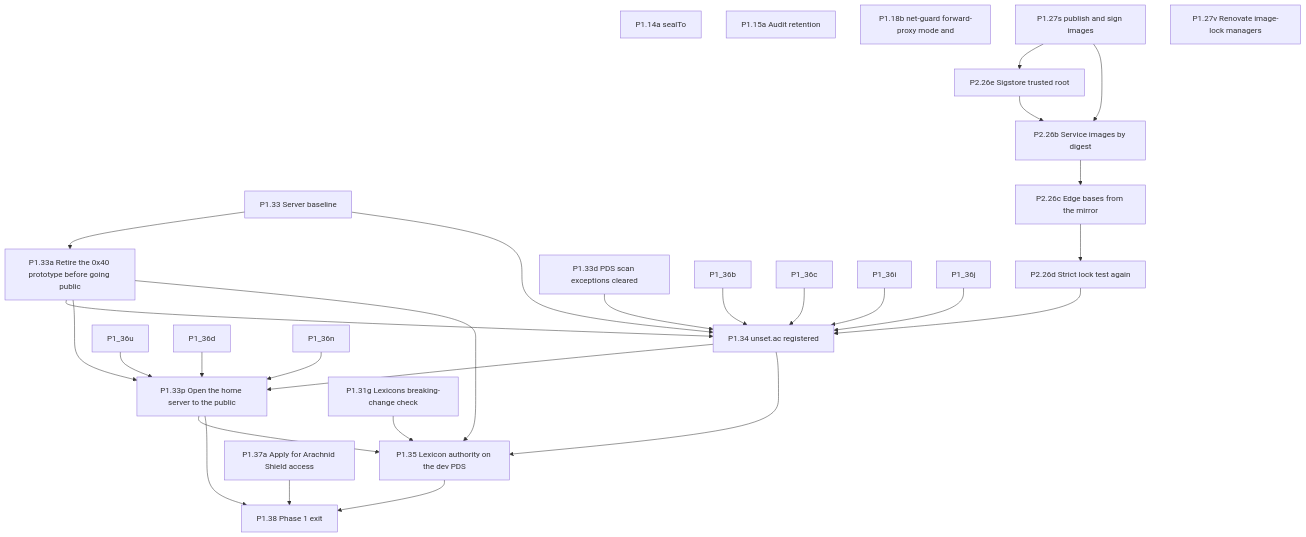
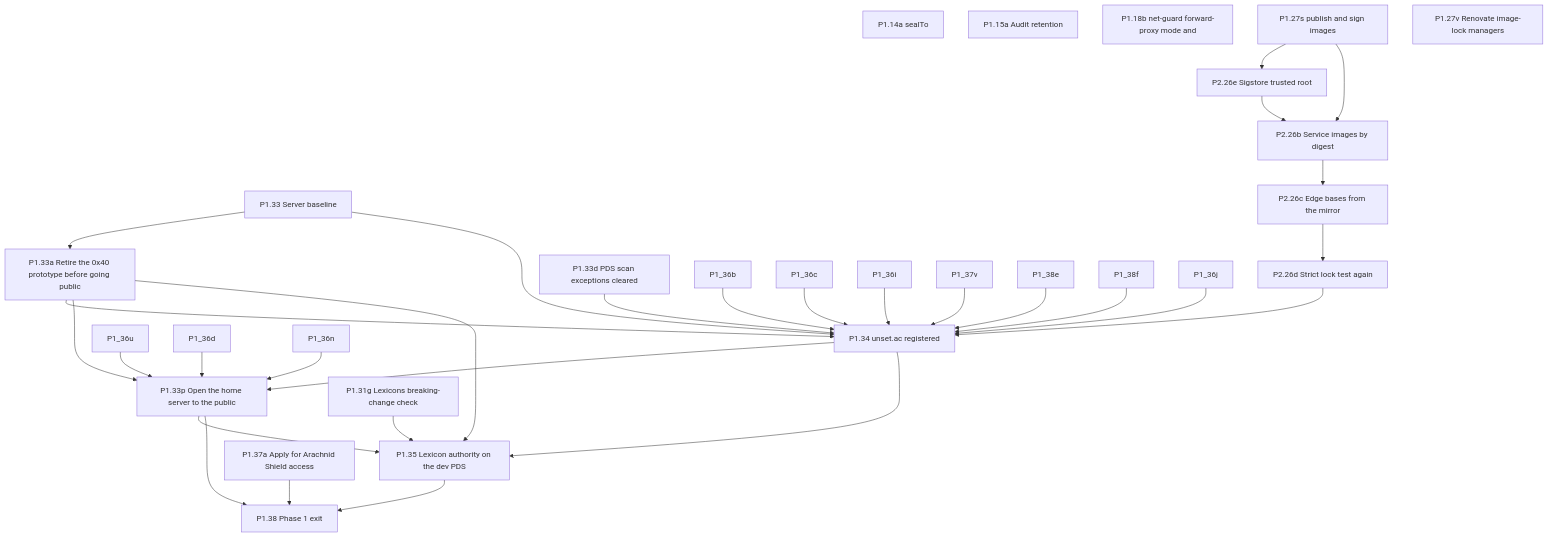
The fourth of 11 diagrams in docs/ai/book/01-outline.md (Undefined6799/unset), drawn with Mermaid before and after one commit. The commit also changed other lines of this file and 1 other file, not shown here.

````diff
--- a/docs/ai/book/01-outline.md
+++ b/docs/ai/book/01-outline.md
@@ -1459,47 +1470,50 @@
 ```mermaid
 flowchart TD
   P1_14a["P1.14a sealTo"]
   P1_15a["P1.15a Audit retention"]
   P1_18b["P1.18b net-guard forward-proxy mode and"]
   P1_33["P1.33 Server baseline"]
   P1_33a["P1.33a Retire the 0x40 prototype before going public"]
   P1_33p["P1.33p Open the home server to the public"]
   P2_26e["P2.26e Sigstore trusted root"]
   P2_26b["P2.26b Service images by digest"]
   P2_26c["P2.26c Edge bases from the mirror"]
   P2_26d["P2.26d Strict lock test again"]
   P1_33d["P1.33d PDS scan exceptions cleared"]
   P1_34["P1.34 unset.ac registered"]
   P1_35["P1.35 Lexicon authority on the dev PDS"]
   P1_31g["P1.31g Lexicons breaking-change check"]
   P1_27s["P1.27s publish and sign images"]
   P1_27v["P1.27v Renovate image-lock managers"]
   P1_37a["P1.37a Apply for Arachnid Shield access"]
   P1_38["P1.38 Phase 1 exit"]
   P1_33 --> P1_33a
   P1_33 --> P1_34
   P1_36b --> P1_34
   P1_36c --> P1_34
   P1_36i --> P1_34
+  P1_37v --> P1_34
+  P1_38e --> P1_34
+  P1_38f --> P1_34
   P1_36j --> P1_34
   P1_33a --> P1_34
   P1_33d --> P1_34
   P1_27s --> P2_26e
   P2_26e --> P2_26b
   P1_27s --> P2_26b
   P2_26b --> P2_26c
   P2_26c --> P2_26d
   P2_26d --> P1_34
   P1_34 --> P1_33p
   P1_33a --> P1_33p
   P1_36u --> P1_33p
   P1_36d --> P1_33p
   P1_36n --> P1_33p
   P1_33p --> P1_35
   P1_33a --> P1_35
   P1_33p --> P1_38
   P1_31g --> P1_35
   P1_34 --> P1_35
   P1_35 --> P1_38
   P1_37a --> P1_38
 ```
````
